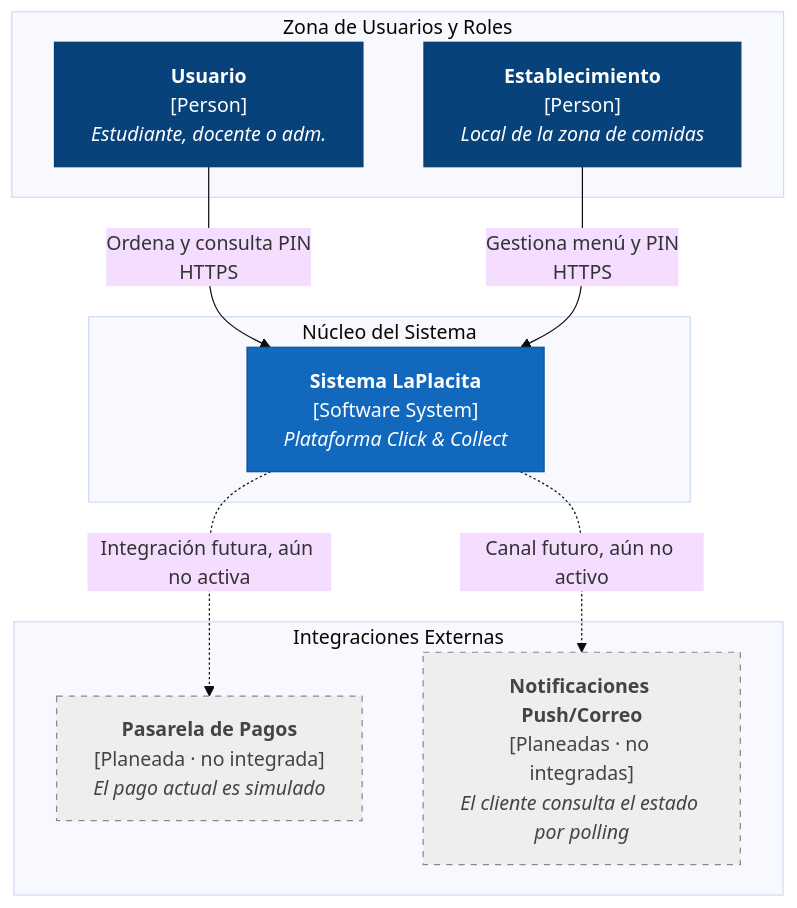
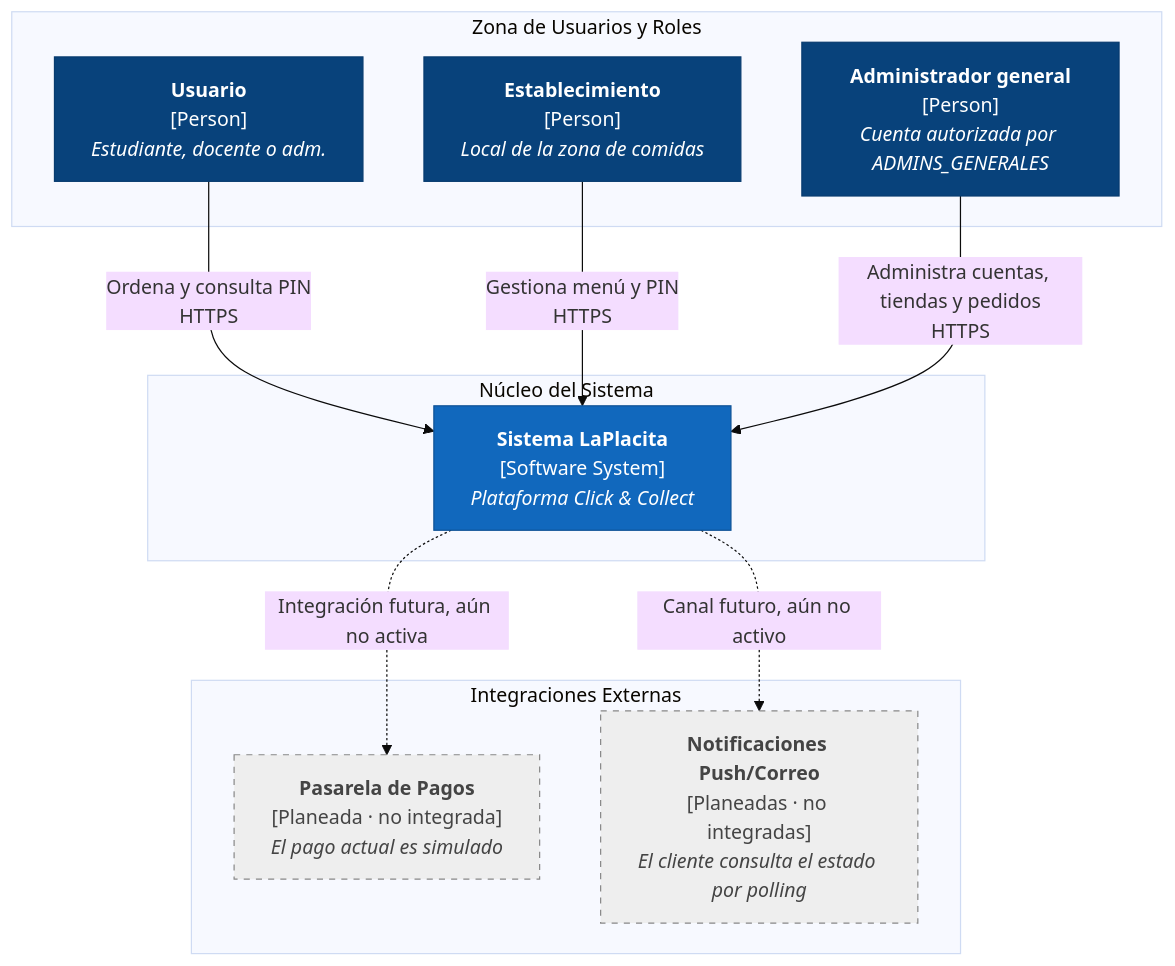
Before and after one commit to ISCOUTB/AS_202620_LaPlacita: the diagram in docs/c4/contexto.md, drawn with Mermaid (base theme). The commit also changed 10 other files, not shown here.

````diff
--- a/docs/c4/contexto.md
+++ b/docs/c4/contexto.md
@@ -5,27 +5,29 @@
 ```mermaid
 flowchart TD
     classDef person fill:#08427b,stroke:#073b6f,color:#fff;
     classDef system fill:#1168bd,stroke:#0e5296,color:#fff;
     classDef extSystem fill:#999999,stroke:#666666,color:#fff;
     classDef planned fill:#eeeeee,stroke:#888888,color:#444444,stroke-dasharray: 5 5;
 
     subgraph b0 ["Zona de Usuarios y Roles"]
         usuario["<b>Usuario</b><br/>[Person]<br/><i>Estudiante, docente o adm.</i>"]:::person
         establecimiento["<b>Establecimiento</b><br/>[Person]<br/><i>Local de la zona de comidas</i>"]:::person
+        administrador["<b>Administrador general</b><br/>[Person]<br/><i>Cuenta autorizada por ADMINS_GENERALES</i>"]:::person
     end
 
     subgraph b1 ["Núcleo del Sistema"]
         laPlacita["<b>Sistema LaPlacita</b><br/>[Software System]<br/><i>Plataforma Click & Collect</i>"]:::system
     end
 
     subgraph b2 ["Integraciones Externas"]
         pago["<b>Pasarela de Pagos</b><br/>[Planeada · no integrada]<br/><i>El pago actual es simulado</i>"]:::planned
         push["<b>Notificaciones Push/Correo</b><br/>[Planeadas · no integradas]<br/><i>El cliente consulta el estado por polling</i>"]:::planned
     end
 
     usuario -->|Ordena y consulta PIN<br/>HTTPS| laPlacita
     establecimiento -->|Gestiona menú y PIN<br/>HTTPS| laPlacita
+    administrador -->|Administra cuentas, tiendas y pedidos<br/>HTTPS| laPlacita
 
     laPlacita -.->|Integración futura, aún no activa| pago
     laPlacita -.->|Canal futuro, aún no activo| push
 ```
````
